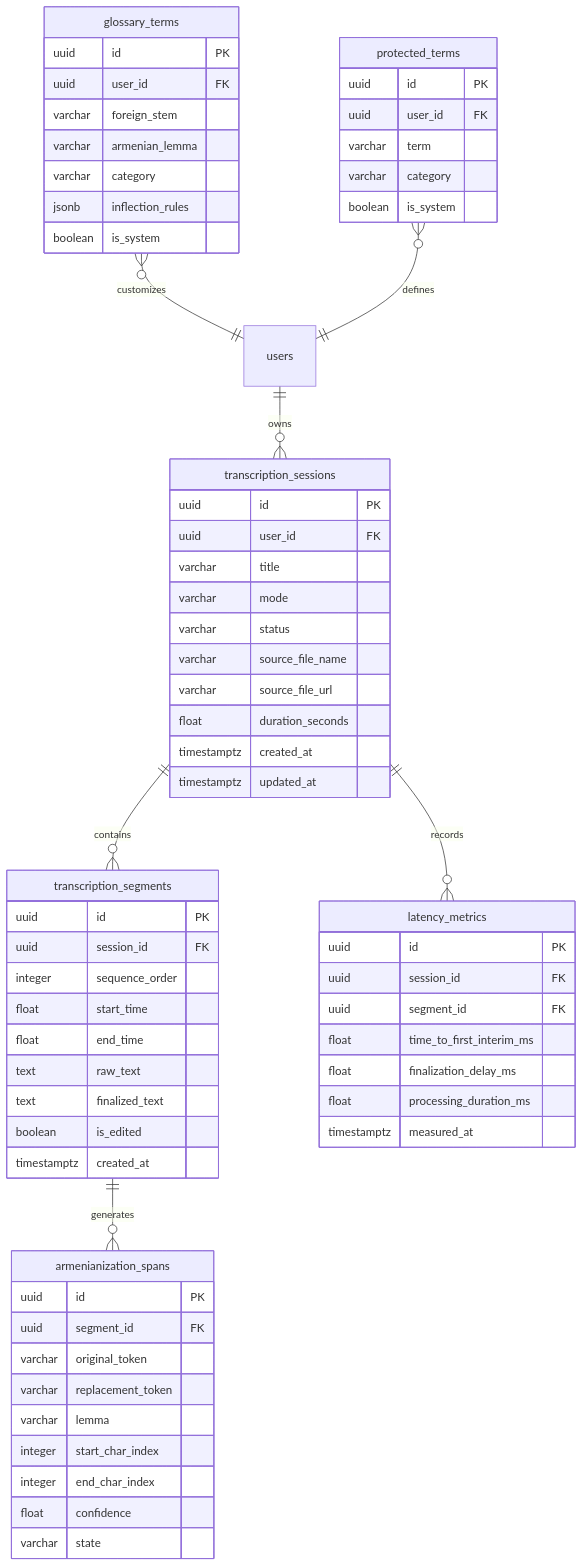
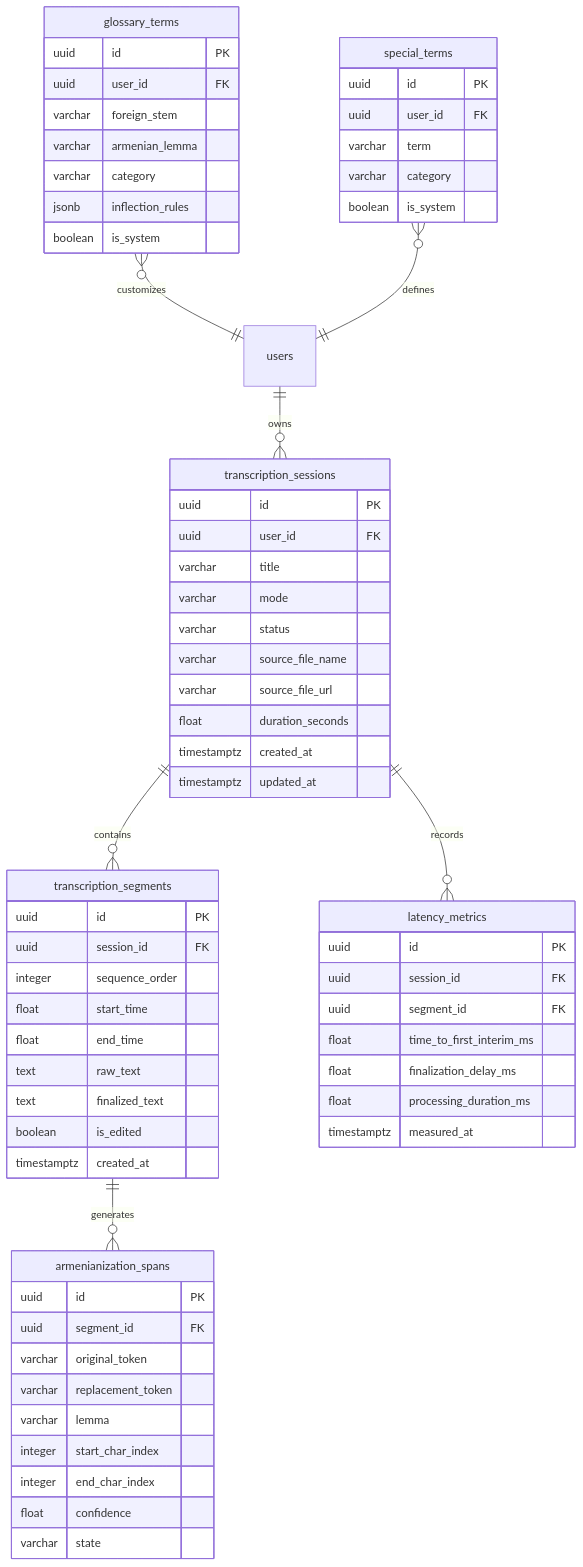
Before and after one commit to mariamhovhannisyan0/BarBar: the third of 6 diagrams in technical-document.md, drawn with Mermaid. The commit also changed other lines of this file and 63 other files, not shown here.

````diff
--- a/technical-document.md
+++ b/technical-document.md
@@ -291,74 +291,74 @@
 ```mermaid
 erDiagram
     users ||--o{ transcription_sessions : owns
     transcription_sessions ||--o{ transcription_segments : contains
     transcription_sessions ||--o{ latency_metrics : records
     transcription_segments ||--o{ armenianization_spans : generates
     glossary_terms }o--|| users : customizes
-    protected_terms }o--|| users : defines
+    special_terms }o--|| users : defines
 
     transcription_sessions {
         uuid id PK
         uuid user_id FK
         varchar title
         varchar mode
         varchar status
         varchar source_file_name
         varchar source_file_url
         float duration_seconds
         timestamptz created_at
         timestamptz updated_at
     }
 
     transcription_segments {
         uuid id PK
         uuid session_id FK
         integer sequence_order
         float start_time
         float end_time
         text raw_text
         text finalized_text
         boolean is_edited
         timestamptz created_at
     }
 
     armenianization_spans {
         uuid id PK
         uuid segment_id FK
         varchar original_token
         varchar replacement_token
         varchar lemma
         integer start_char_index
         integer end_char_index
         float confidence
         varchar state
     }
 
     glossary_terms {
         uuid id PK
         uuid user_id FK
         varchar foreign_stem
         varchar armenian_lemma
         varchar category
         jsonb inflection_rules
         boolean is_system
     }
 
-    protected_terms {
+    special_terms {
         uuid id PK
         uuid user_id FK
         varchar term
         varchar category
         boolean is_system
     }
 
     latency_metrics {
         uuid id PK
         uuid session_id FK
         uuid segment_id FK
         float time_to_first_interim_ms
         float finalization_delay_ms
         float processing_duration_ms
         timestamptz measured_at
     }
 ```
````
